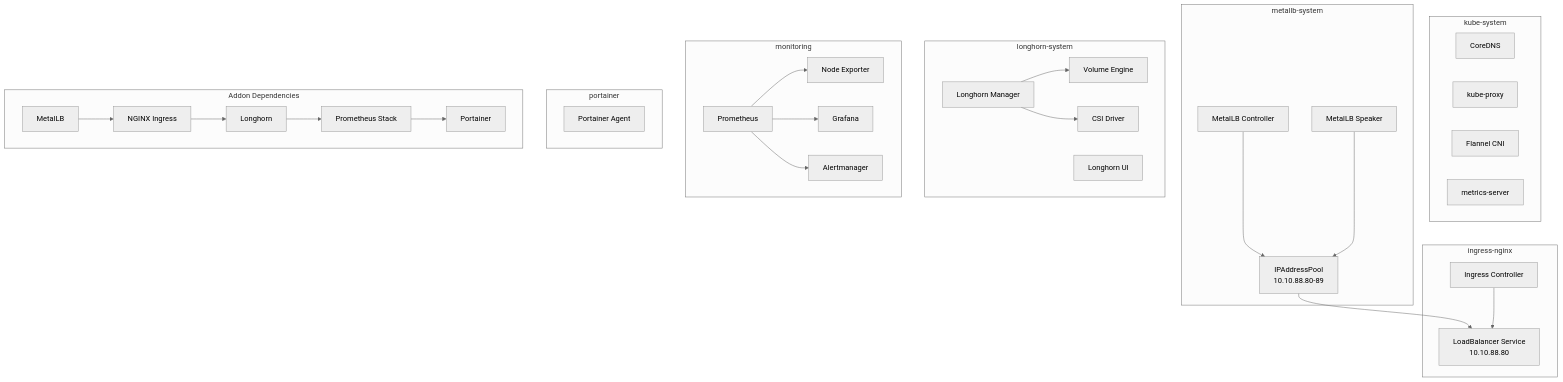
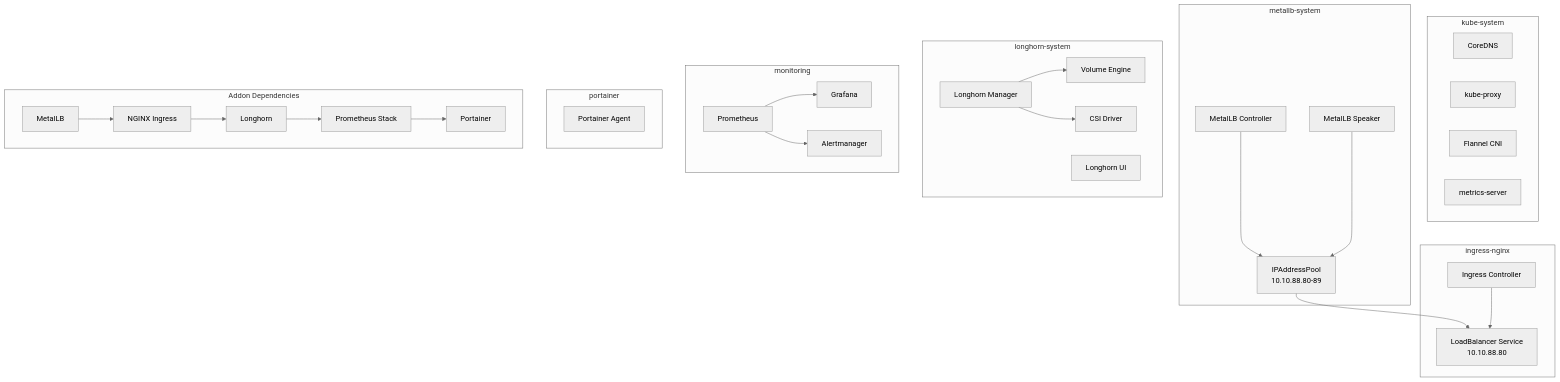
One commit to freed-dev-llc/turing-ansible-cluster changed the sixth of 8 diagrams in docs/ARCHITECTURE.md. Above: the diagram before and after it, drawn with Mermaid. The commit also changed other lines of this file and 4 other files, not shown here.

First line of the commit message:
docs: address license, org, K3s, and architecture drift (#9)

````diff
--- a/docs/ARCHITECTURE.md
+++ b/docs/ARCHITECTURE.md
@@ -355,60 +358,58 @@
 ```mermaid
 %%{init: {'theme': 'neutral'}}%%
 graph TB
     subgraph "kube-system"
         CoreDNS[CoreDNS]
         KubeProxy[kube-proxy]
         Flannel[Flannel CNI]
         Metrics[metrics-server]
     end
 
     subgraph "metallb-system"
         Controller[MetalLB Controller]
         Speaker[MetalLB Speaker]
         IPPool[IPAddressPool<br/>10.10.88.80-89]
     end
 
     subgraph "ingress-nginx"
         IngressCtrl[Ingress Controller]
         IngressSvc[LoadBalancer Service<br/>10.10.88.80]
     end
 
     subgraph "longhorn-system"
         LHManager[Longhorn Manager]
         LHUI[Longhorn UI]
         LHDriver[CSI Driver]
         LHEngine[Volume Engine]
     end
 
     subgraph "monitoring"
         Prometheus[Prometheus]
         Grafana[Grafana]
         Alertmanager[Alertmanager]
-        NodeExporter[Node Exporter]
     end
 
     subgraph "portainer"
         PortainerAgent[Portainer Agent]
     end
 
     subgraph "Addon Dependencies"
         direction LR
         D1[MetalLB] --> D2[NGINX Ingress]
         D2 --> D3[Longhorn]
         D3 --> D4[Prometheus Stack]
         D4 --> D5[Portainer]
     end
 
     Controller --> IPPool
     Speaker --> IPPool
     IPPool --> IngressSvc
 
     IngressCtrl --> IngressSvc
 
     LHManager --> LHEngine
     LHManager --> LHDriver
 
-    Prometheus --> NodeExporter
     Prometheus --> Grafana
     Prometheus --> Alertmanager
 ```
````
